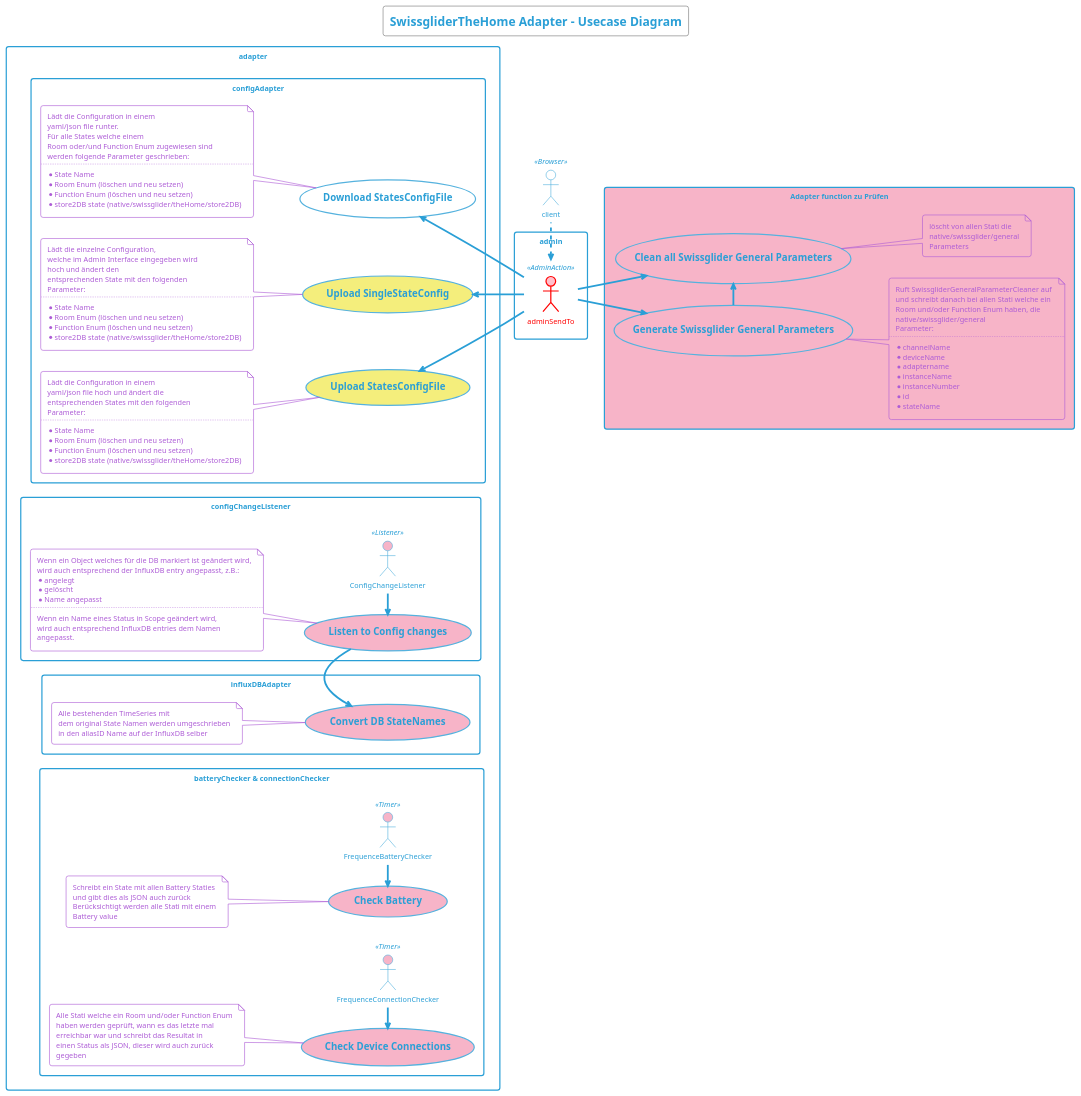
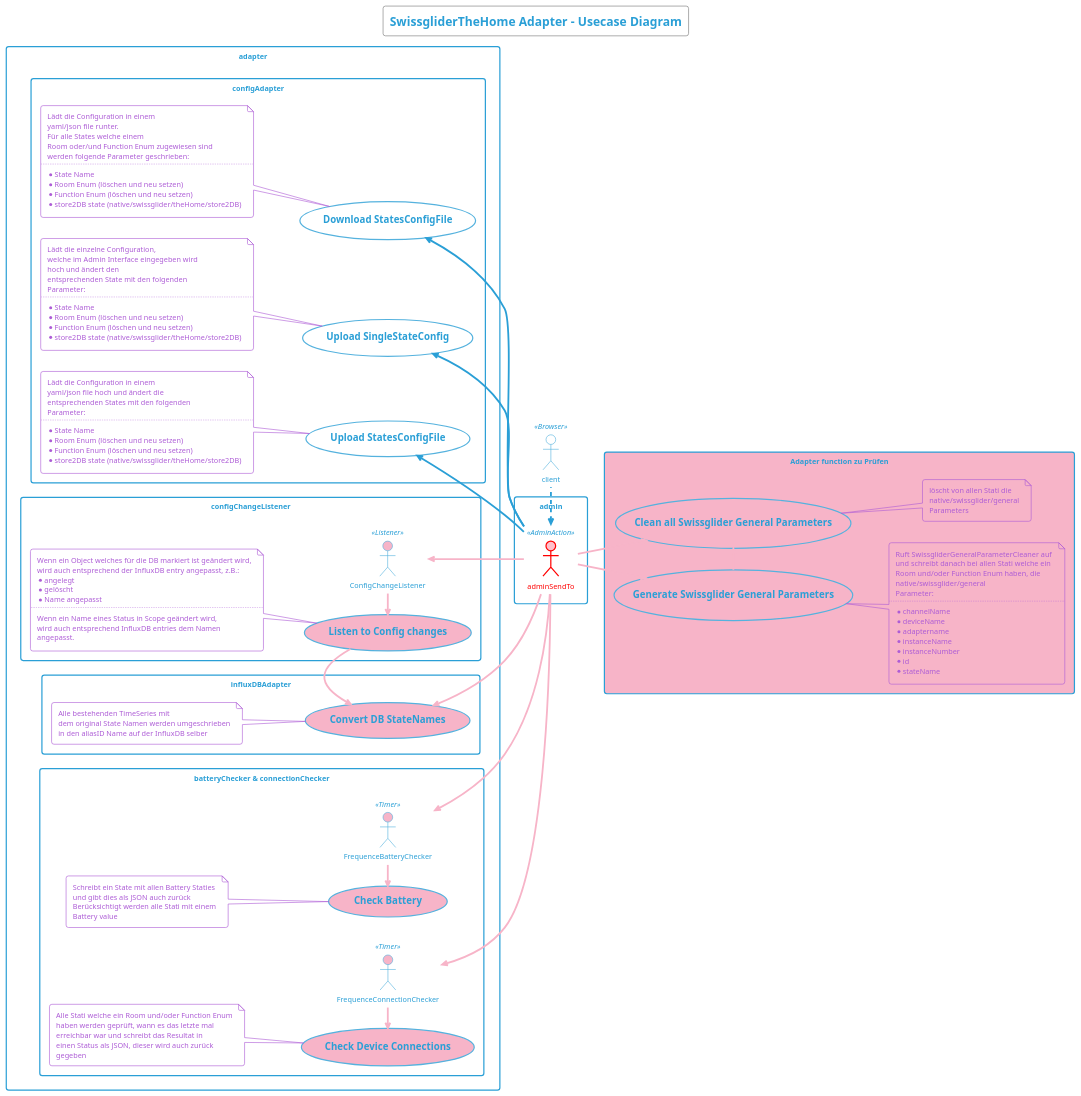
The diagram in docu/plantuml/server/SwissgliderTheHome - Usecase Diagram.iuml (swissglider/iobroker.thehome), drawn with PlantUML before and after one commit. The commit also changed 55 other files, not shown here.

Commit message:
implemented the configChange Listener and Admin state name reset view

```diff
--- a/docu/plantuml/server/SwissgliderTheHome - Usecase Diagram.iuml
+++ b/docu/plantuml/server/SwissgliderTheHome - Usecase Diagram.iuml
@@ -1,140 +1,144 @@
 @startuml
 !theme cyborg-outline
 
 title
     SwissgliderTheHome Adapter - Usecase Diagram
 end title
 
 actor client << Browser >>
 rectangle admin {
     actor adminSendTo << AdminAction >> #pink;line:red;line.bold;text:red
 }
 
 rectangle adapter {
     rectangle "configAdapter" {
         usecase ConfigDownloader as "=Download StatesConfigFile"
             note top
                 Lädt die Configuration in einem 
                 yaml/json file runter. 
                 Für alle States welche einem 
                 Room oder/und Function Enum zugewiesen sind
                 werden folgende Parameter geschrieben:
                 ..
                 * State Name
                 * Room Enum (löschen und neu setzen)
                 * Function Enum (löschen und neu setzen)
                 * store2DB state (native/swissglider/theHome/store2DB)
             end note
-        usecase SingleUploader as "=Upload SingleStateConfig" #F4EE7C
+        usecase SingleUploader as "=Upload SingleStateConfig"
             note top
                 Lädt die einzelne Configuration, 
                 welche im Admin Interface eingegeben wird 
                 hoch und ändert den
                 entsprechenden State mit den folgenden
                 Parameter:
                 ..
                 * State Name
                 * Room Enum (löschen und neu setzen)
                 * Function Enum (löschen und neu setzen)
                 * store2DB state (native/swissglider/theHome/store2DB)
             end note
-        usecase ConfigUploader as "=Upload StatesConfigFile" #F4EE7C
+        usecase ConfigUploader as "=Upload StatesConfigFile"
             note top
                 Lädt die Configuration in einem 
                 yaml/json file hoch und ändert die
                 entsprechenden States mit den folgenden
                 Parameter:
                 ..
                 * State Name
                 * Room Enum (löschen und neu setzen)
                 * Function Enum (löschen und neu setzen)
                 * store2DB state (native/swissglider/theHome/store2DB)
             end note
     }
 
     rectangle "configChangeListener" {
         actor ConfigChangeListener << Listener >> #F7B4C8
         usecase ConfigChangePreWorker as "=Listen to Config changes" #F7B4C8
             note top
                 Wenn ein Object welches für die DB markiert ist geändert wird,
                 wird auch entsprechend der InfluxDB entry angepasst, z.B.:
                 * angelegt
                 * gelöscht
                 * Name angepasst
                 ..
                 Wenn ein Name eines Status in Scope geändert wird, 
                 wird auch entsprechend InfluxDB entries dem Namen
                 angepasst.
             end note
     }
 
     rectangle "influxDBAdapter" {
         usecase InfluxDBConverter as "=Convert DB StateNames" #F7B4C8
             note top
                 Alle bestehenden TimeSeries mit
                 dem original State Namen werden umgeschrieben
                 in den aliasID Name auf der InfluxDB selber
             end note
     }
 
     rectangle "batteryChecker & connectionChecker" {
         actor FrequenceBatteryChecker << Timer >> #F7B4C8
         actor FrequenceConnectionChecker << Timer >> #F7B4C8
         usecase BatteryChecker as "=Check Battery" #F7B4C8
             note top
                 Schreibt ein State mit allen Battery Staties
                 und gibt dies als JSON auch zurück
                 Berücksichtigt werden alle Stati mit einem
                 Battery value
             end note
         usecase ConnectionChecker as "=Check Device Connections" #F7B4C8
             note top 
                 Alle Stati welche ein Room und/oder Function Enum
                 haben werden geprüft, wann es das letzte mal
                 erreichbar war und schreibt das Resultat in
                 einen Status als JSON, dieser wird auch zurück
                 gegeben
             end note
     }
 }
 rectangle adapter1 as "Adapter function zu Prüfen" #F7B4C8 {
     usecase SwissgliderGeneralParameterGenerator as "=Generate Swissglider General Parameters"
         note bottom
             Ruft SwissgliderGeneralParameterCleaner auf
             und schreibt danach bei allen Stati welche ein 
             Room und/oder Function Enum haben, die
             native/swissglider/general
             Parameter:
             ..
             * channelName
             * deviceName
             * adaptername
             * instanceName
             * instanceNumber
             * id
             * stateName
         end note
     usecase SwissgliderGeneralParameterCleaner as "=Clean all Swissglider General Parameters"
         note bottom
             löscht von allen Stati die 
             native/swissglider/general
             Parameters
         end note
 }
 
 left to right direction
 client -left..> adminSendTo
 adminSendTo -up-> ConfigUploader
 adminSendTo -up-> SingleUploader
 adminSendTo -up-> ConfigDownloader
-adminSendTo -down-> SwissgliderGeneralParameterGenerator
-adminSendTo -down-> SwissgliderGeneralParameterCleaner
-SwissgliderGeneralParameterGenerator -> SwissgliderGeneralParameterCleaner
+adminSendTo -up-> ConfigChangeListener  #F7B4C8
+adminSendTo -up-> FrequenceBatteryChecker  #F7B4C8
+adminSendTo -up-> FrequenceConnectionChecker  #F7B4C8
+adminSendTo -up-> InfluxDBConverter  #F7B4C8
+adminSendTo -down-> SwissgliderGeneralParameterGenerator  #F7B4C8
+adminSendTo -down-> SwissgliderGeneralParameterCleaner  #F7B4C8
+SwissgliderGeneralParameterGenerator -> SwissgliderGeneralParameterCleaner  #F7B4C8
 
-ConfigChangePreWorker -> InfluxDBConverter
+ConfigChangePreWorker -> InfluxDBConverter  #F7B4C8
 
-FrequenceBatteryChecker -left-> BatteryChecker
-FrequenceConnectionChecker -left-> ConnectionChecker
-ConfigChangeListener -left-> ConfigChangePreWorker
+FrequenceBatteryChecker -left-> BatteryChecker  #F7B4C8
+FrequenceConnectionChecker -left-> ConnectionChecker  #F7B4C8
+ConfigChangeListener -left-> ConfigChangePreWorker  #F7B4C8
 
 @enduml
```
